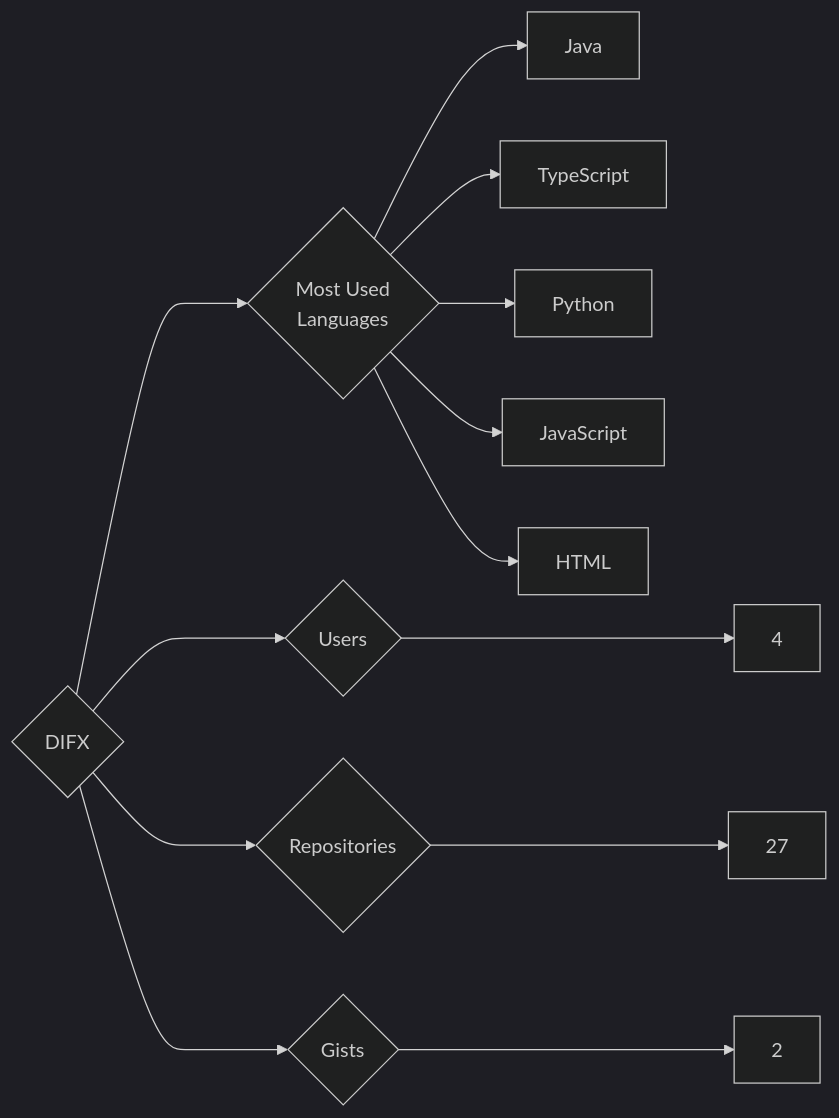
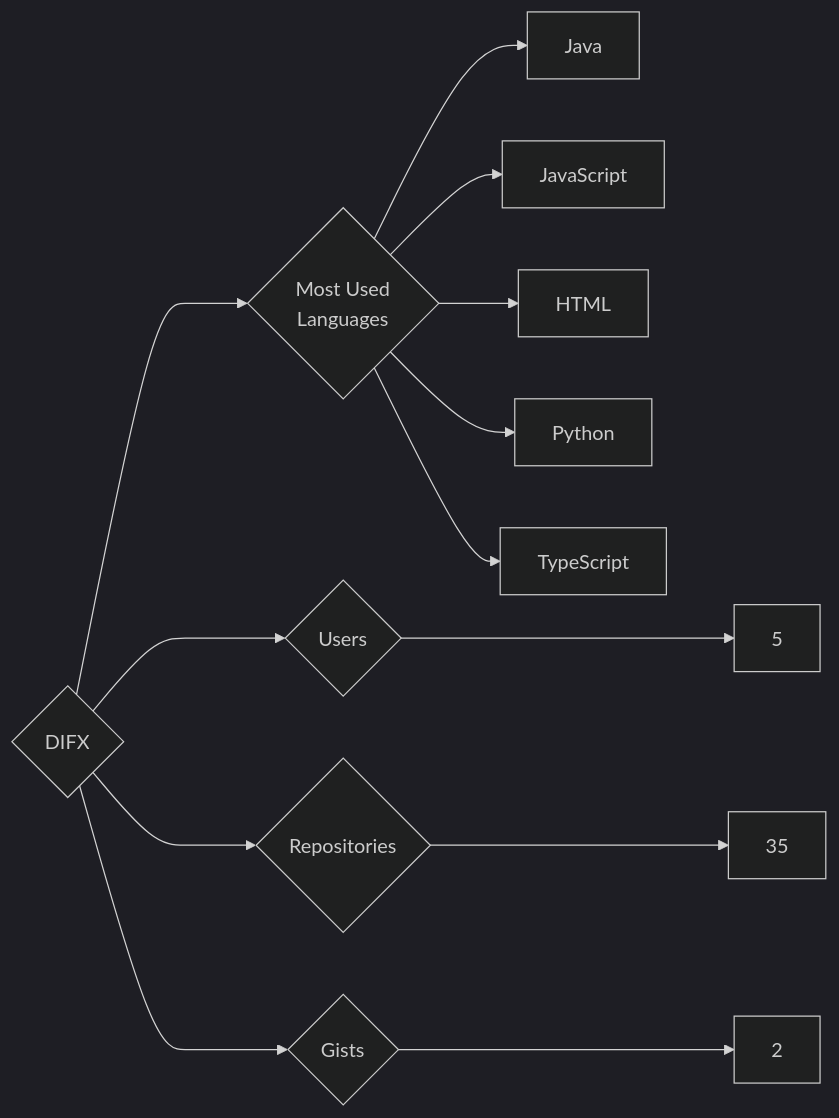
Before and after one commit to trickest/insiders: the diagram in targets/DIFX/README.md, drawn with Mermaid (dark theme). The commit also changed 985 other files, not shown here.

````diff
--- a/targets/DIFX/README.md
+++ b/targets/DIFX/README.md
@@ -3,13 +3,13 @@
 ```mermaid
 graph LR
 COMPANY_NAME{DIFX}
-COMPANY_NAME ---> U{Users} ---> UN[4]
-COMPANY_NAME ---> R{Repositories} ---> RN[27]
+COMPANY_NAME ---> U{Users} ---> UN[5]
+COMPANY_NAME ---> R{Repositories} ---> RN[35]
 COMPANY_NAME ---> G{Gists} ---> GN[2]
 COMPANY_NAME ---> ML{Most Used<br>Languages}
 ML --> Java[Java]
-ML --> TypeScript[TypeScript]
-ML --> Python[Python]
 ML --> JavaScript[JavaScript]
 ML --> HTML[HTML]
+ML --> Python[Python]
+ML --> TypeScript[TypeScript]
 ```
````
